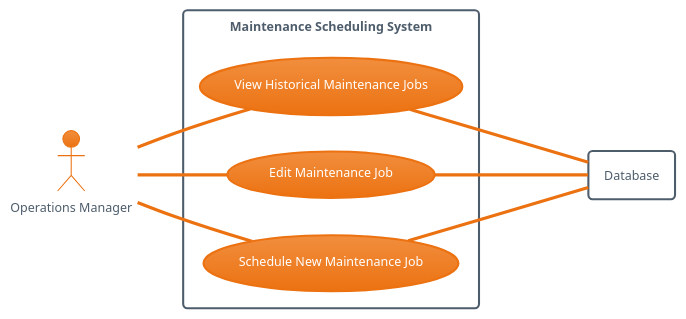
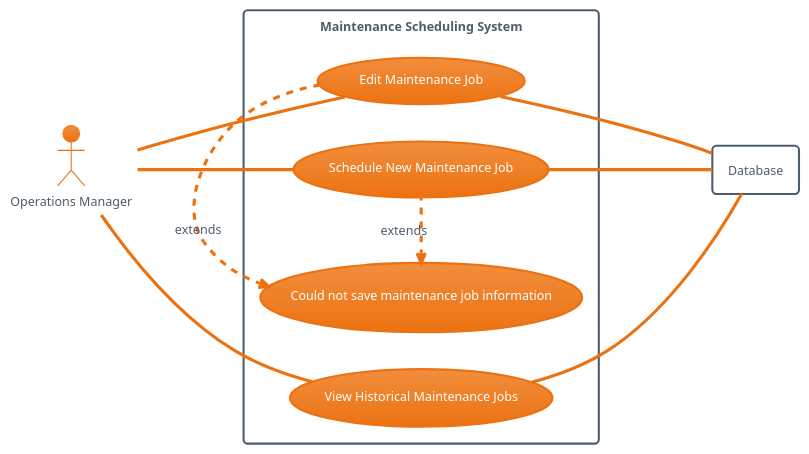
Before and after one commit to NikitaEdin/SET09102-2025-TR2: the diagram in DOCS/Diagrams/OperationsManager/OperationsManager-Diagram-2.puml, drawn with PlantUML. The commit also changed 6 other files, not shown here.

Commit message:
fix diagrams to include extends

```diff
--- a/DOCS/Diagrams/OperationsManager/OperationsManager-Diagram-2.puml
+++ b/DOCS/Diagrams/OperationsManager/OperationsManager-Diagram-2.puml
@@ -1,24 +1,28 @@
 @startuml
 !theme aws-orange
 left to right direction
 
 actor Manager as "Operations Manager"
 
 rectangle Database
 
 rectangle "Maintenance Scheduling System" {
 
     usecase UC1 as "View Historical Maintenance Jobs"
     usecase UC2 as "Edit Maintenance Job"
     usecase UC3 as "Schedule New Maintenance Job"
 
+    usecase UC4 as "Could not save maintenance job information"
+
     Manager -- UC1
     Manager -- UC2
     Manager -- UC3
 
     UC1 --- Database
     UC2 --- Database
     UC3 --- Database
 
+    UC4 <. UC2 : extends
+    UC4 <. UC3 : extends
 }
 @enduml
```
